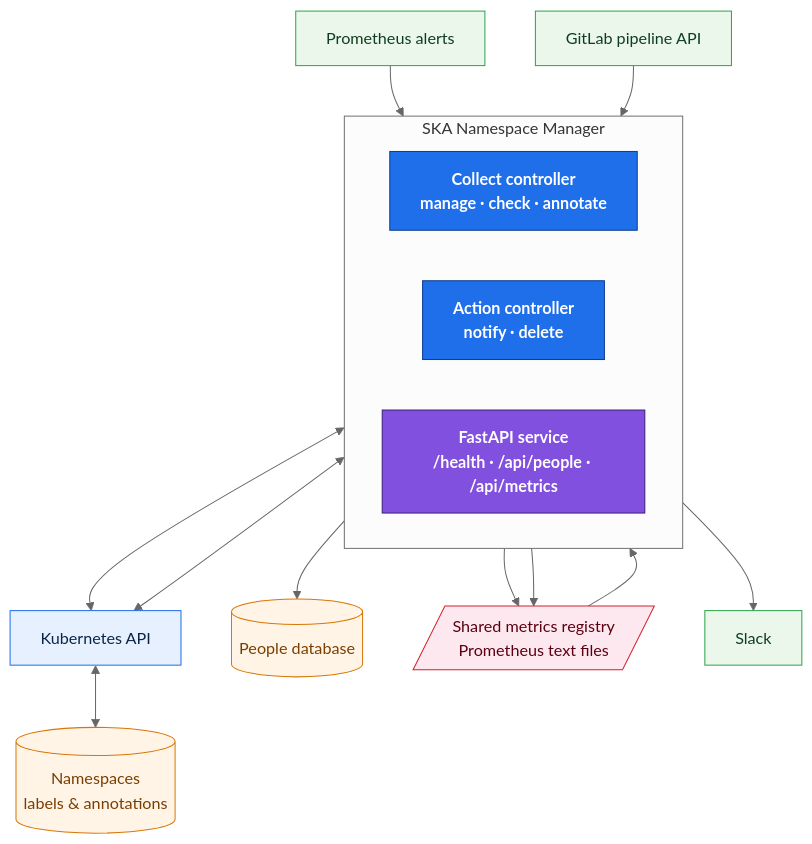
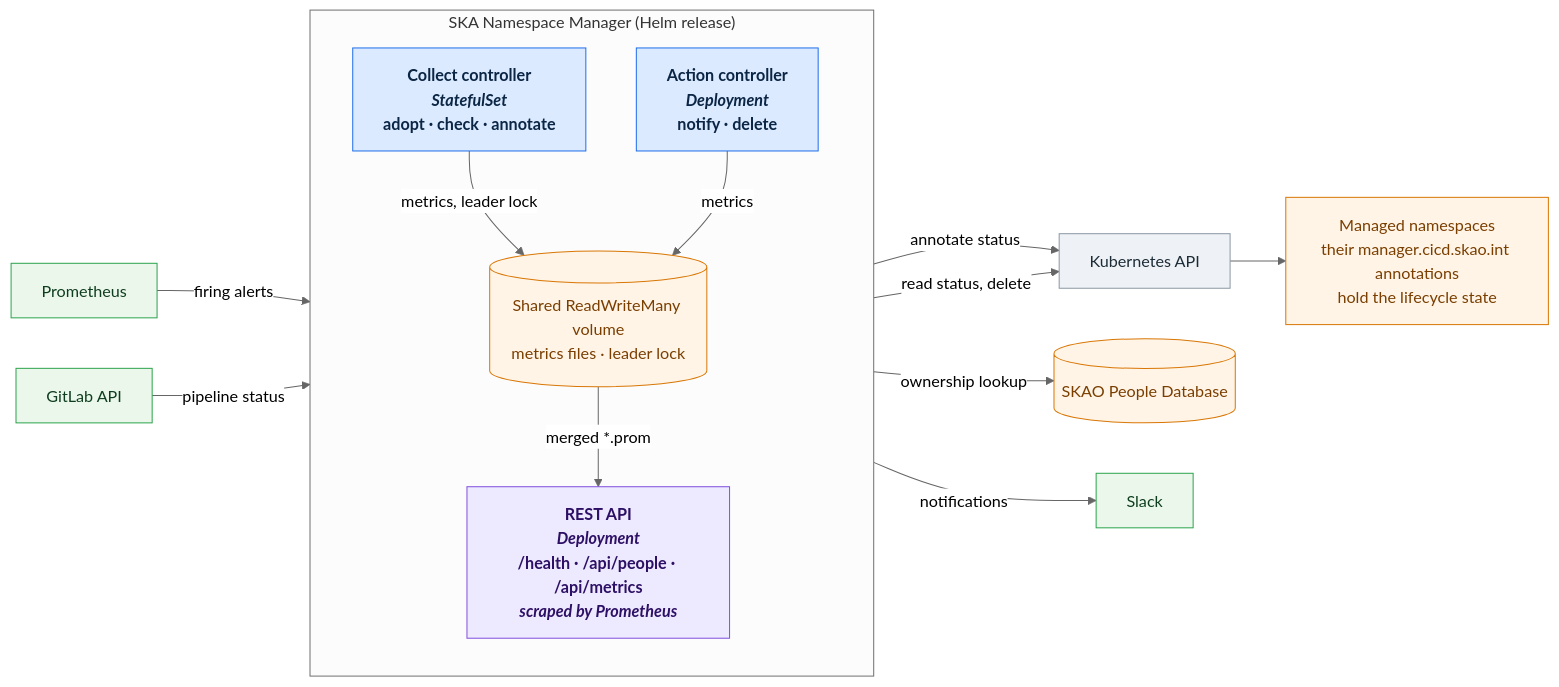
Before and after one commit to ska-telescope/ska-namespace-manager: the first of 2 diagrams in README.md, drawn with Mermaid (neutral theme). The commit also changed other lines of this file, not shown here.

````diff
--- a/README.md
+++ b/README.md
@@ -40,44 +40,43 @@
 ```mermaid
-flowchart TD
-    subgraph app["SKA Namespace Manager"]
-        direction LR
-        collect["Collect controller<br/>manage · check · annotate"]
-        action["Action controller<br/>notify · delete"]
-        api["FastAPI service<br/>/health · /api/people · /api/metrics"]
+flowchart LR
+    prom["Prometheus"]
+    gitlab["GitLab API"]
+
+    subgraph nsm["SKA Namespace Manager (Helm release)"]
+        direction TB
+        collect["Collect controller<br/><i>StatefulSet</i><br/>adopt · check · annotate"]
+        action["Action controller<br/><i>Deployment</i><br/>notify · delete"]
+        volume[("Shared ReadWriteMany volume<br/>metrics files · leader lock")]
+        api["REST API<br/><i>Deployment</i><br/>/health · /api/people · /api/metrics<br/><i>scraped by Prometheus</i>"]
     end
 
     k8s["Kubernetes API"]
-    ns[("Namespaces<br/>labels & annotations")]
-    prom["Prometheus alerts"]
-    gitlab["GitLab pipeline API"]
-    people[("People database")]
-    metrics[/"Shared metrics registry<br/>Prometheus text files"/]
+    ns["Managed namespaces<br/>their manager.cicd.skao.int annotations<br/>hold the lifecycle state"]
+    people[("SKAO People Database")]
     slack["Slack"]
 
-    collect <--> k8s
-    action <--> k8s
-    k8s <--> ns
+    prom -- "firing alerts" --> collect
+    gitlab -- "pipeline status" --> collect
 
-    prom --> collect
-    gitlab --> collect
+    collect -- "annotate status" --> k8s
+    action -- "read status, delete" --> k8s
+    k8s --> ns
 
-    collect --> metrics
-    action --> metrics
-    metrics --> api
-    api --> people
-    action --> slack
+    collect -- "metrics, leader lock" --> volume
+    action -- "metrics" --> volume
+    volume -- "merged *.prom" --> api
+    api -- "ownership lookup" --> people
+    action -- "notifications" --> slack
 
-    classDef controller fill:#1f6feb,stroke:#0b3d91,color:#ffffff,font-weight:bold;
-    classDef service fill:#8250df,stroke:#3b1f7a,color:#ffffff,font-weight:bold;
-    classDef platform fill:#e6f0ff,stroke:#1f6feb,color:#0b2545;
+    classDef controller fill:#dbeafe,stroke:#1f6feb,color:#0b2545,font-weight:bold;
+    classDef service fill:#ede9fe,stroke:#8250df,color:#2d1065,font-weight:bold;
+    classDef platform fill:#eef2f6,stroke:#8b98a5,color:#1c2b36;
     classDef store fill:#fff4e5,stroke:#d97706,color:#7a3e00;
     classDef integration fill:#eaf7ea,stroke:#2da44e,color:#0f3d1f;
-    classDef artifact fill:#fde8ef,stroke:#cf222e,color:#5c0011;
 
     class collect,action controller;
     class api service;
     class k8s platform;
-    class ns,people store;
+    class ns,people,volume store;
     class prom,gitlab,slack integration;
-    class metrics artifact;
 ```
````
